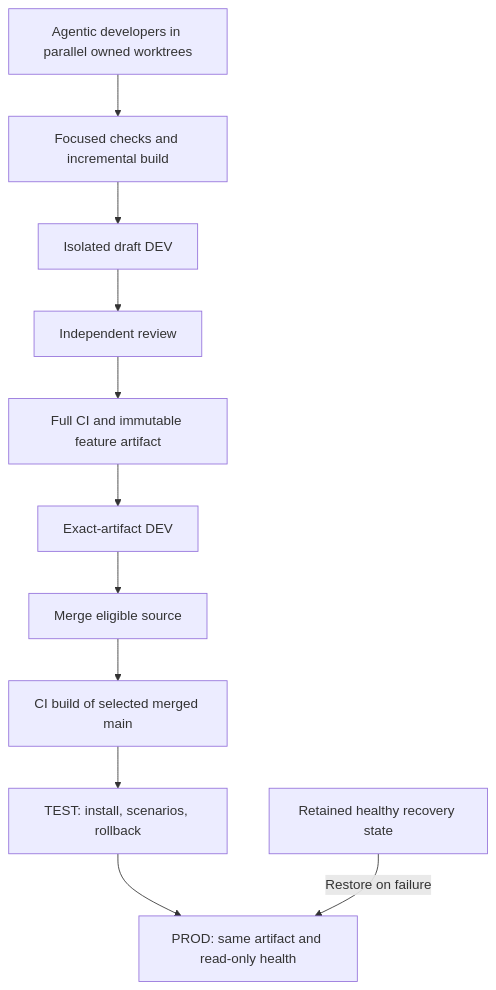
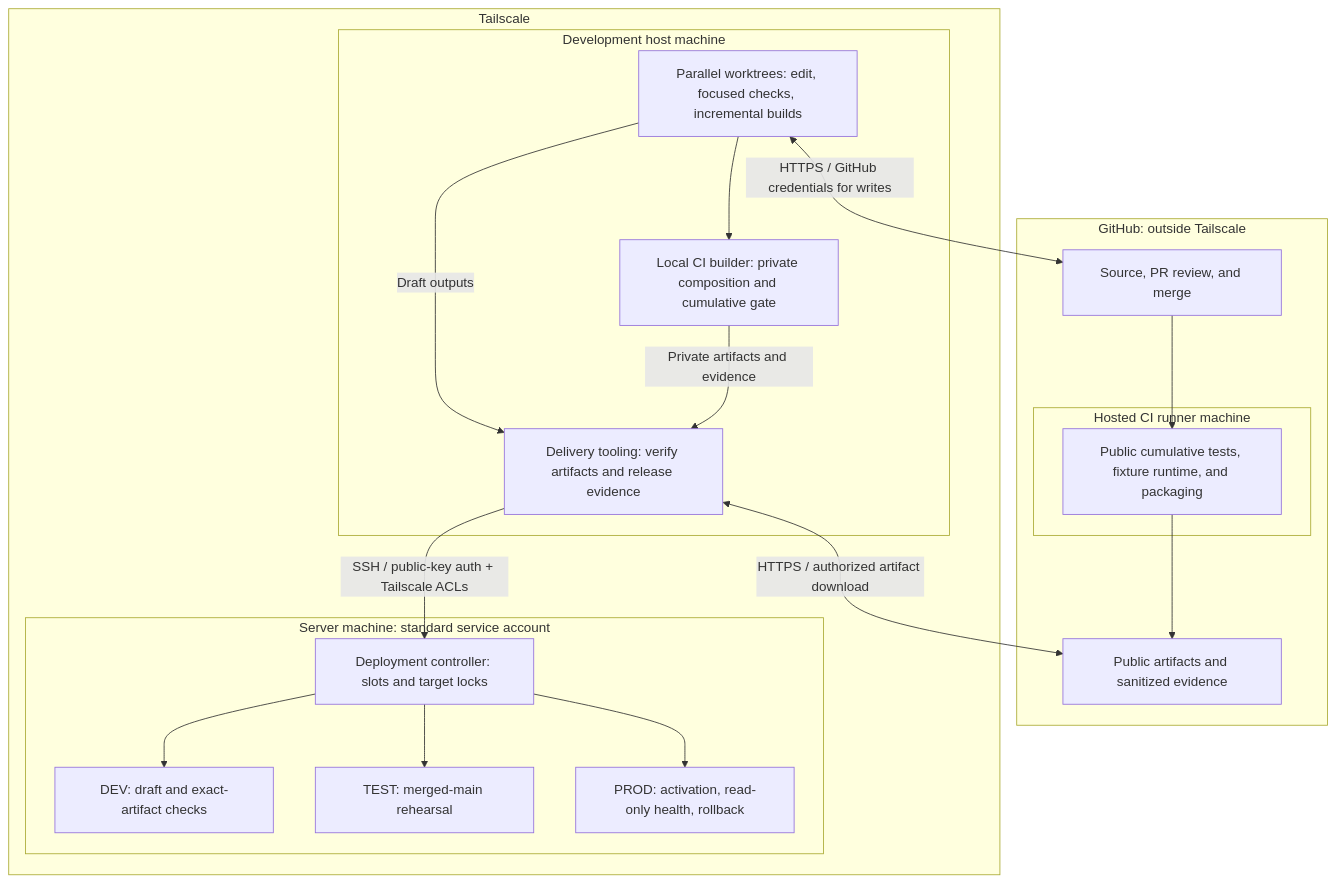
Before and after one commit to coletaylor788/puddles: the third of 5 diagrams in docs/openclaw-setup/security-architecture.md, drawn with Mermaid. The commit also changed other lines of this file, not shown here.

````diff
--- a/docs/openclaw-setup/security-architecture.md
+++ b/docs/openclaw-setup/security-architecture.md
@@ -124,13 +105,33 @@
 ```mermaid
 flowchart TB
-    Work["Agentic developers in parallel owned worktrees"] --> Local["Focused checks and incremental build"]
-    Local --> Draft["Isolated draft DEV"]
-    Draft --> Review["Independent review"]
-    Review --> CI["Full CI and immutable feature artifact"]
-    CI --> Exact["Exact-artifact DEV"]
-    Exact --> Merge["Merge eligible source"]
-    Merge --> Batch["CI build of selected merged main"]
-    Batch --> Test["TEST: install, scenarios, rollback"]
-    Test --> Prod["PROD: same artifact and read-only health"]
-    Recovery["Retained healthy recovery state"] -->|"Restore on failure"| Prod
+    subgraph GitHub["GitHub: outside Tailscale"]
+        Repo["Source, PR review, and merge"]
+        subgraph Runner["Hosted CI runner machine"]
+            CI["Public cumulative tests, fixture runtime, and packaging"]
+        end
+        Artifacts["Public artifacts and sanitized evidence"]
+        Repo --> CI --> Artifacts
+    end
+    subgraph Tailnet["Tailscale"]
+        subgraph DevMachine["Development host machine"]
+            Work["Parallel worktrees: edit, focused checks, incremental builds"]
+            Builder["Local CI builder: private composition and cumulative gate"]
+            Delivery["Delivery tooling: verify artifacts and release evidence"]
+            Work --> Builder
+            Work -->|"Draft outputs"| Delivery
+            Builder -->|"Private artifacts and evidence"| Delivery
+        end
+        subgraph Server["Server machine: standard service account"]
+            Deploy["Deployment controller: slots and target locks"]
+            DEV["DEV: draft and exact-artifact checks"]
+            TEST["TEST: merged-main rehearsal"]
+            PROD["PROD: activation, read-only health, rollback"]
+            Deploy --> DEV
+            Deploy --> TEST
+            Deploy --> PROD
+        end
+    end
+    Work <-->|"HTTPS / GitHub credentials for writes"| Repo
+    Delivery <-->|"HTTPS / authorized artifact download"| Artifacts
+    Delivery -->|"SSH / public-key auth + Tailscale ACLs"| Deploy
 ```
````
